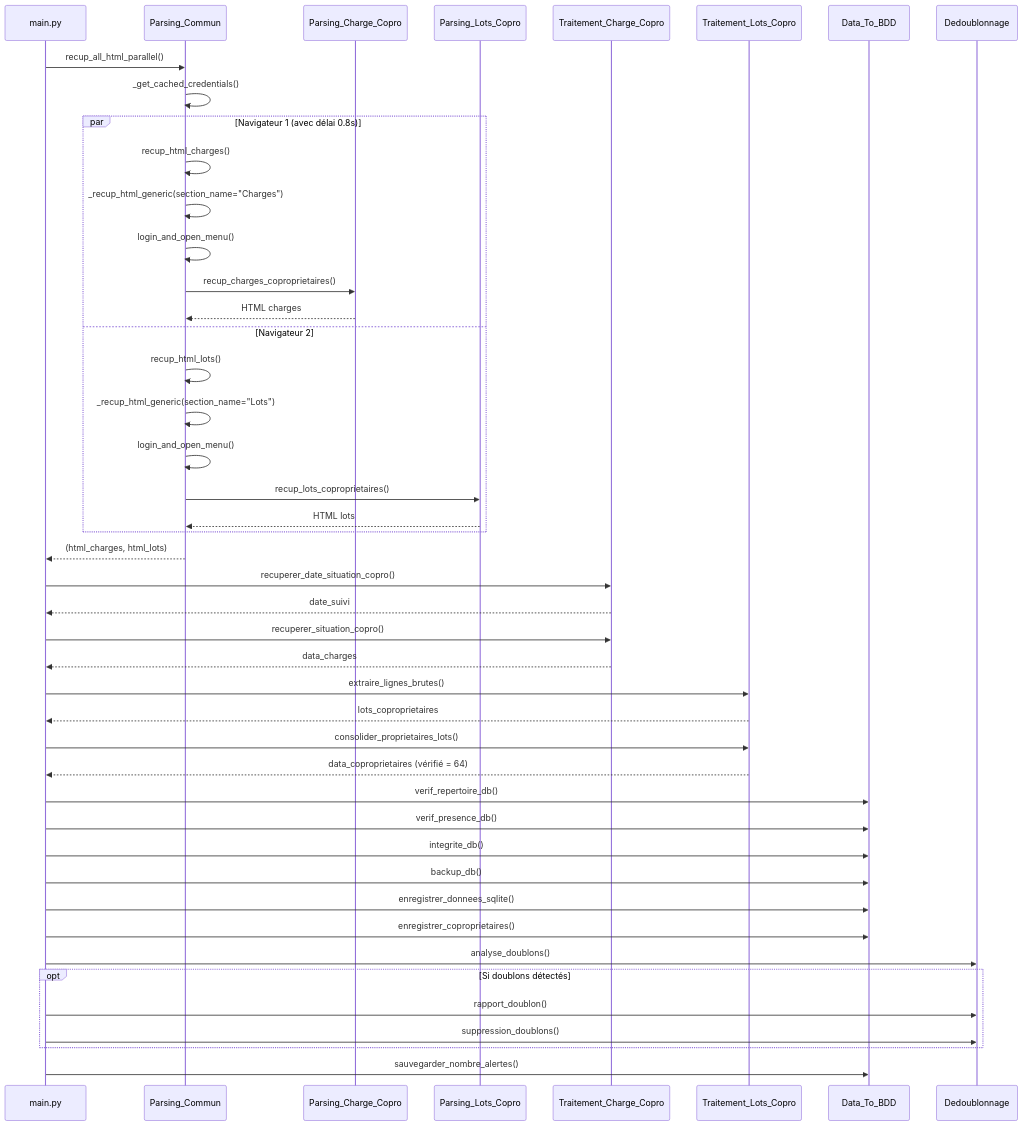
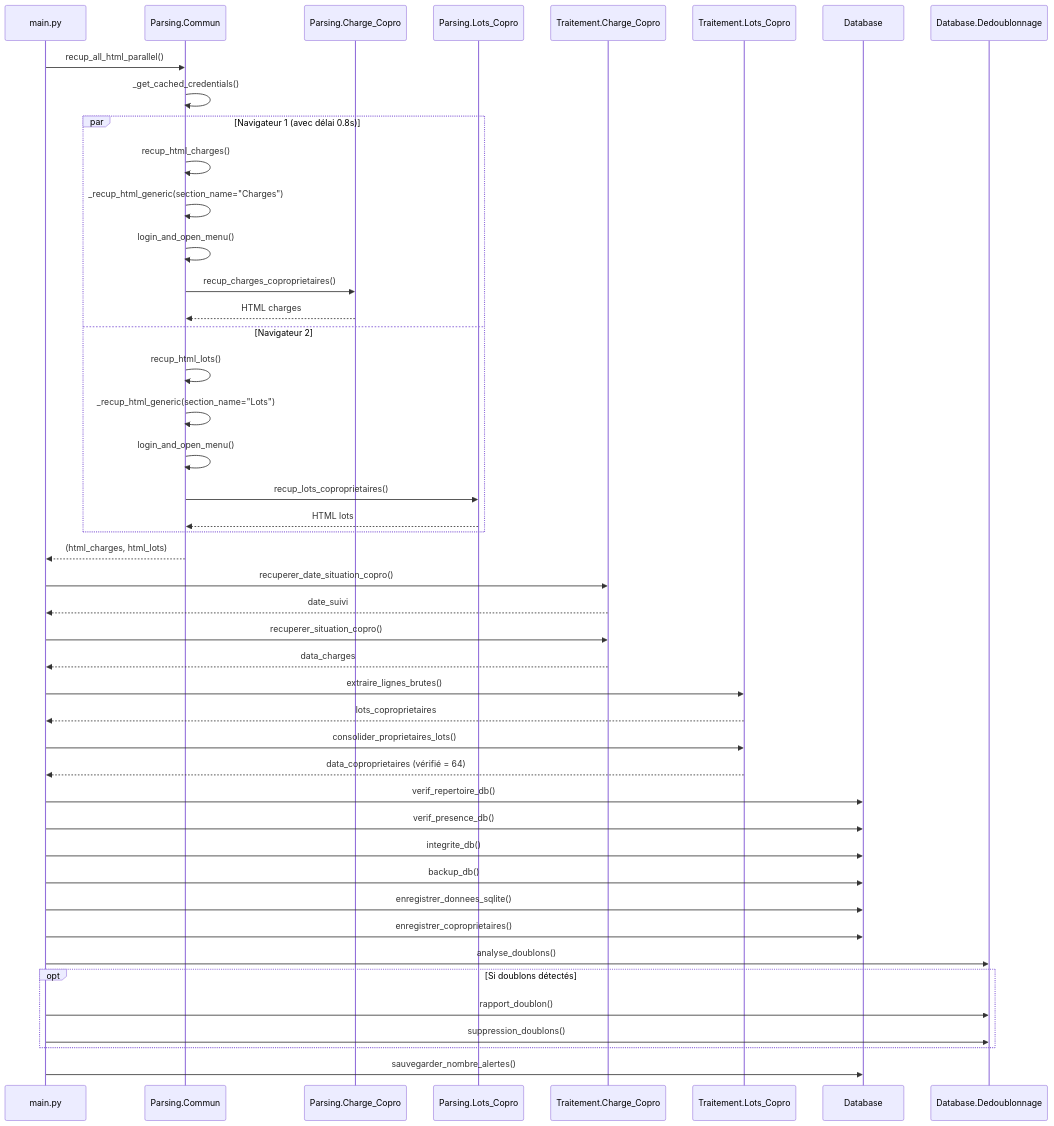
One commit to therealcorwin/CPTCOPRO changed the second of 6 diagrams in reports/call_graph.md. Above: the diagram before and after it, drawn with Mermaid. The commit also changed other lines of this file and 35 other files, not shown here.

````diff
--- a/reports/call_graph.md
+++ b/reports/call_graph.md
@@ -140,57 +149,57 @@
 ```mermaid
 sequenceDiagram
     participant M as main.py
-    participant PC as Parsing_Commun
-    participant PCC as Parsing_Charge_Copro
-    participant PLC as Parsing_Lots_Copro
-    participant TC as Traitement_Charge_Copro
-    participant TL as Traitement_Lots_Copro
-    participant DB as Data_To_BDD
-    participant DD as Dedoublonnage
+    participant PC as Parsing.Commun
+    participant PCC as Parsing.Charge_Copro
+    participant PLC as Parsing.Lots_Copro
+    participant TC as Traitement.Charge_Copro
+    participant TL as Traitement.Lots_Copro
+    participant DB as Database
+    participant DD as Database.Dedoublonnage
     
     M->>PC: recup_all_html_parallel()
     PC->>PC: _get_cached_credentials()
     
     par Navigateur 1 (avec délai 0.8s)
         PC->>PC: recup_html_charges()
         PC->>PC: _recup_html_generic(section_name="Charges")
         PC->>PC: login_and_open_menu()
         PC->>PCC: recup_charges_coproprietaires()
         PCC-->>PC: HTML charges
     and Navigateur 2
         PC->>PC: recup_html_lots()
         PC->>PC: _recup_html_generic(section_name="Lots")
         PC->>PC: login_and_open_menu()
         PC->>PLC: recup_lots_coproprietaires()
         PLC-->>PC: HTML lots
     end
     
     PC-->>M: (html_charges, html_lots)
     
     M->>TC: recuperer_date_situation_copro()
     TC-->>M: date_suivi
     
     M->>TC: recuperer_situation_copro()
     TC-->>M: data_charges
     
     M->>TL: extraire_lignes_brutes()
     TL-->>M: lots_coproprietaires
     
     M->>TL: consolider_proprietaires_lots()
     TL-->>M: data_coproprietaires (vérifié = 64)
     
     M->>DB: verif_repertoire_db()
     M->>DB: verif_presence_db()
     M->>DB: integrite_db()
     M->>DB: backup_db()
     M->>DB: enregistrer_donnees_sqlite()
     M->>DB: enregistrer_coproprietaires()
     
     M->>DD: analyse_doublons()
     opt Si doublons détectés
         M->>DD: rapport_doublon()
         M->>DD: suppression_doublons()
     end
     
     M->>DB: sauvegarder_nombre_alertes()
 ```
````
